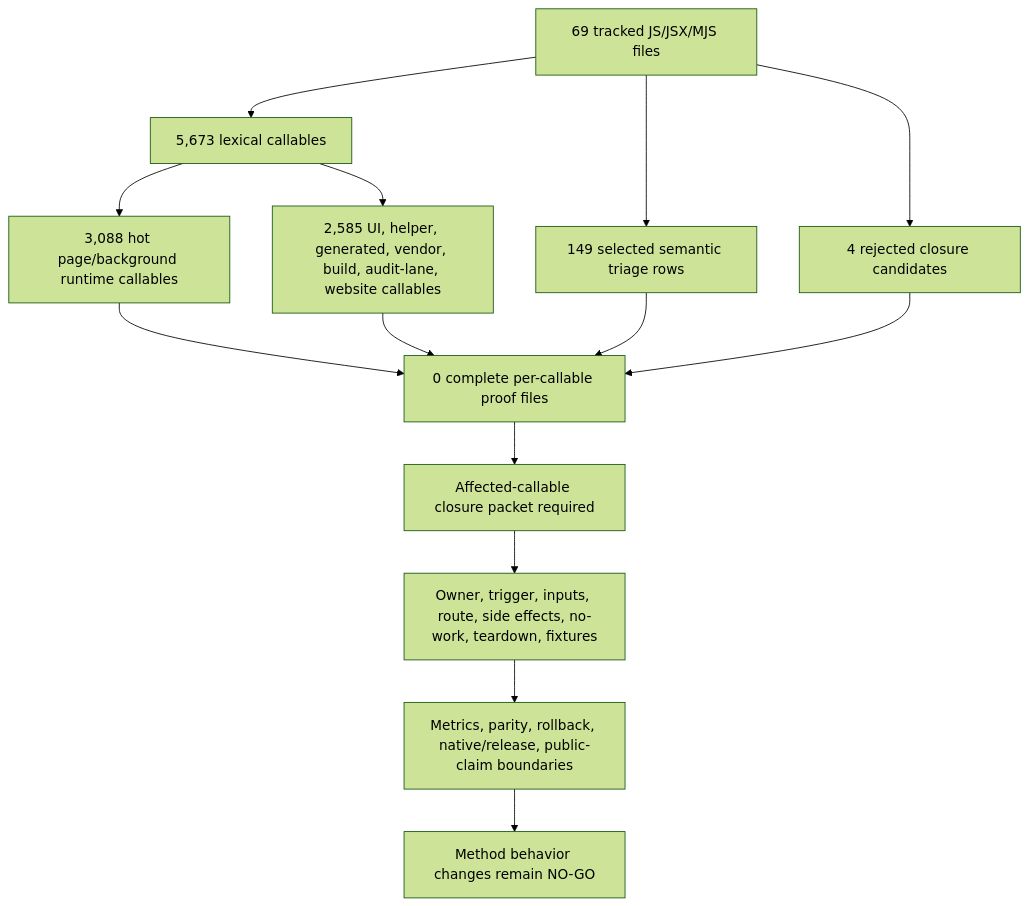
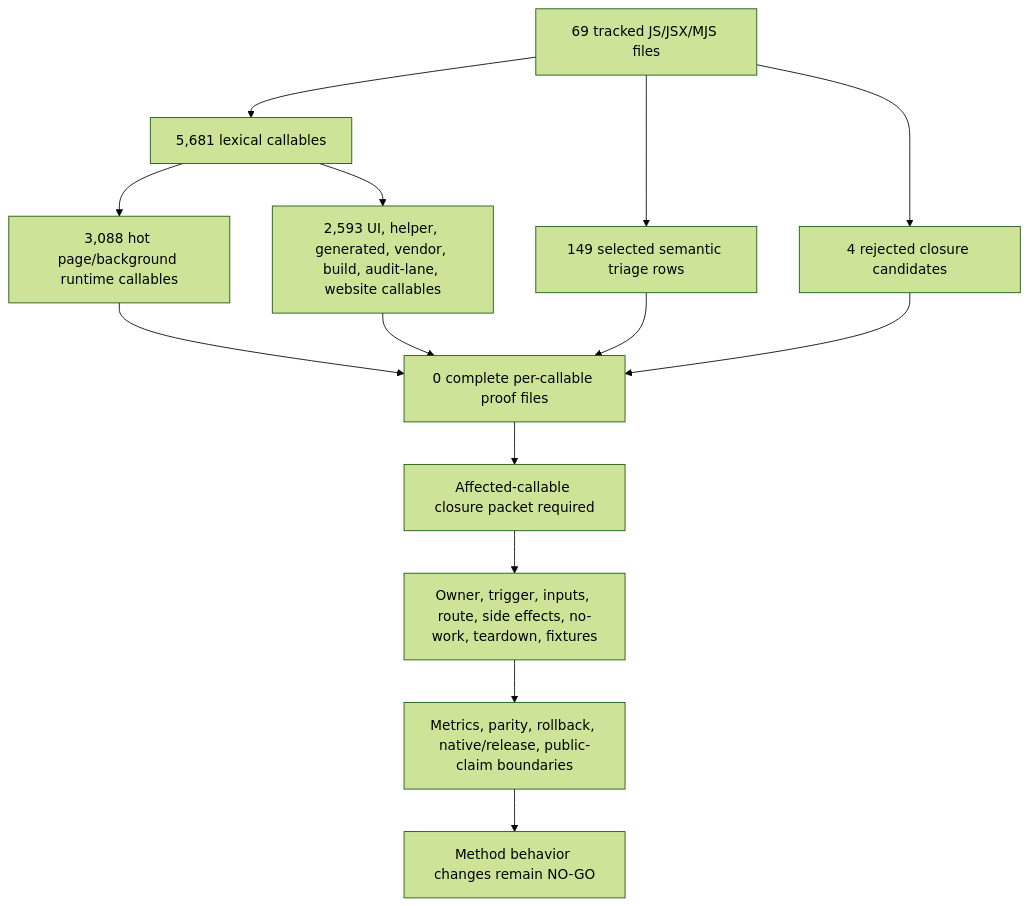
Before and after one commit to varshneydevansh/FilterTube: the first of 2 diagrams in docs/audit/FILTERTUBE_METHOD_SEMANTIC_PROOF_GAP_INDEX_CURRENT_BEHAVIOR_2026-05-25.md, drawn with Mermaid (forest theme). The commit also changed other lines of this file and 26 other files, not shown here.

````diff
--- a/docs/audit/FILTERTUBE_METHOD_SEMANTIC_PROOF_GAP_INDEX_CURRENT_BEHAVIOR_2026-05-25.md
+++ b/docs/audit/FILTERTUBE_METHOD_SEMANTIC_PROOF_GAP_INDEX_CURRENT_BEHAVIOR_2026-05-25.md
@@ -130,16 +130,16 @@
 ```mermaid
 flowchart TD
-  A["69 tracked JS/JSX/MJS files"] --> B["5,673 lexical callables"]
+  A["69 tracked JS/JSX/MJS files"] --> B["5,681 lexical callables"]
   B --> C["3,088 hot page/background runtime callables"]
-  B --> D["2,585 UI, helper, generated, vendor, build, audit-lane, website callables"]
+  B --> D["2,593 UI, helper, generated, vendor, build, audit-lane, website callables"]
   A --> E["149 selected semantic triage rows"]
   A --> F["4 rejected closure candidates"]
   C --> G["0 complete per-callable proof files"]
   D --> G
   E --> G
   F --> G
   G --> H["Affected-callable closure packet required"]
   H --> I["Owner, trigger, inputs, route, side effects, no-work, teardown, fixtures"]
   I --> J["Metrics, parity, rollback, native/release, public-claim boundaries"]
   J --> K["Method behavior changes remain NO-GO"]
 ```
````
